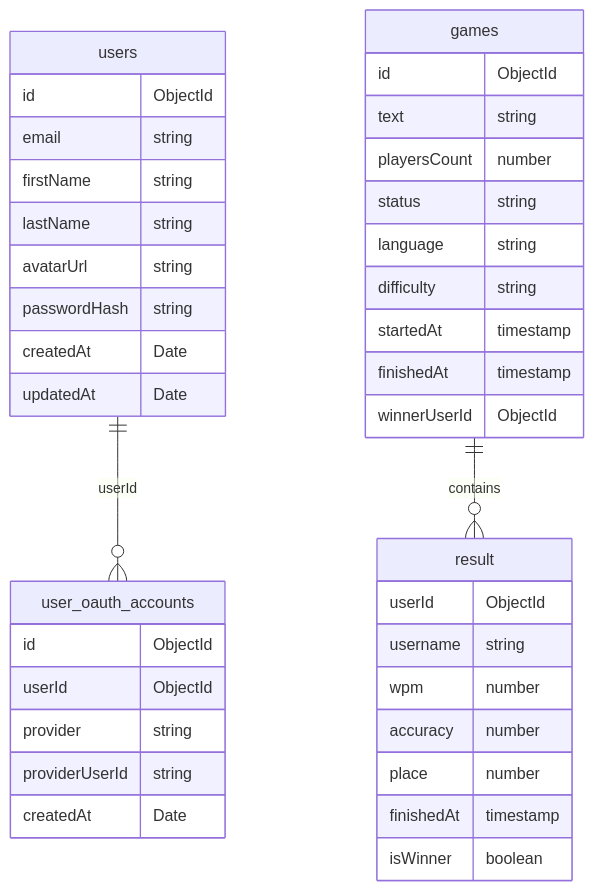
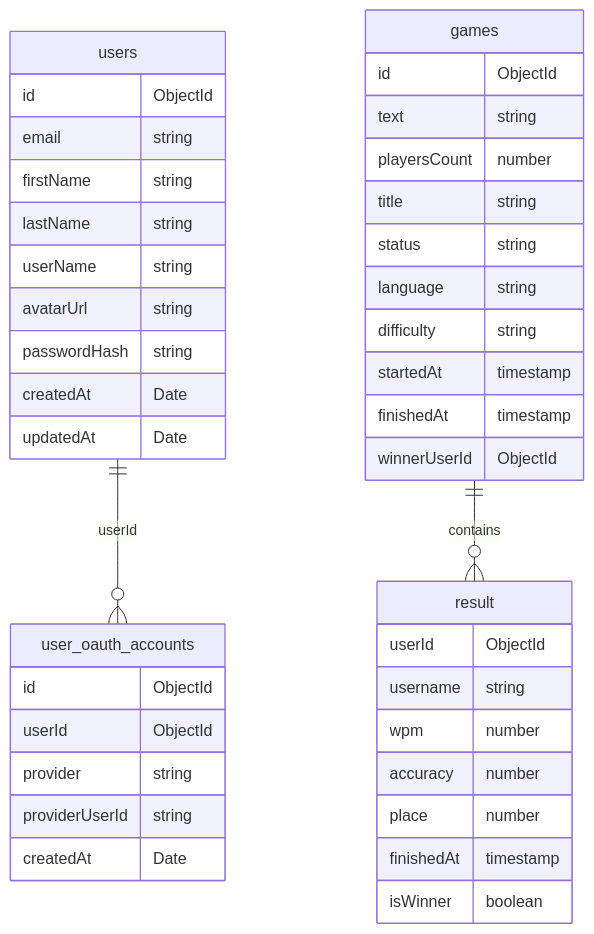
Before and after one commit to Icerock10/typing-race: the diagram in README.md, drawn with Mermaid. The commit also changed 4 other files, not shown here.

````diff
--- a/README.md
+++ b/README.md
@@ -34,43 +34,45 @@
 ```mermaid
 erDiagram
     users ||--o{ user_oauth_accounts : userId
     games ||--o{ result : contains
 
     users {
         id ObjectId
         email string
         firstName string
         lastName string
+        userName string
         avatarUrl string
         passwordHash string
         createdAt Date
         updatedAt Date
     }
     user_oauth_accounts {
         id ObjectId
         userId ObjectId
         provider string
         providerUserId string
         createdAt Date
     }
     games {
         id ObjectId
         text string
         playersCount number
+        title string
         status string
         language string
         difficulty string
         startedAt timestamp
         finishedAt timestamp
         winnerUserId ObjectId
     }
     result {
         userId ObjectId
         username string
         wpm number
         accuracy number
         place number
         finishedAt timestamp
         isWinner boolean
     }
 ```
````
